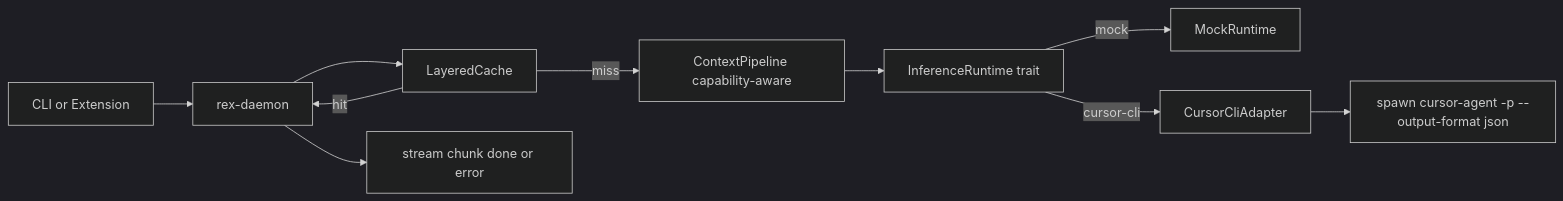
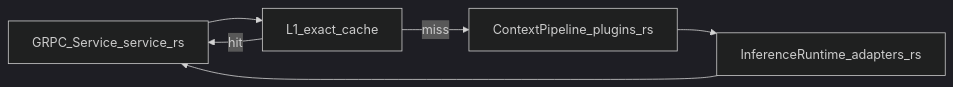
The second of 3 diagrams in docs/ARCHITECTURE.md (thsfranca/rex), drawn with Mermaid (dark theme) before and after one commit. The commit also changed other lines of this file and 27 other files, not shown here.

````diff
--- a/docs/ARCHITECTURE.md
+++ b/docs/ARCHITECTURE.md
@@ -64,12 +83,12 @@
 ```mermaid
 flowchart LR
-  client[CLI or Extension] --> daemon[rex-daemon]
-  daemon --> cache[LayeredCache]
-  cache -->|miss| pipeline[ContextPipeline capability-aware]
-  pipeline --> runtime[InferenceRuntime trait]
-  runtime -->|mock| mockRt[MockRuntime]
-  runtime -->|cursor-cli| cursorRt[CursorCliAdapter]
-  cursorRt --> cursorProc["spawn cursor-agent -p --output-format json"]
-  cache -->|hit| daemon
-  daemon --> stream[stream chunk done or error]
+  grpc[GRPC_Service_service_rs]
+  l1[L1_exact_cache]
+  pipe[ContextPipeline_plugins_rs]
+  rt[InferenceRuntime_adapters_rs]
+  grpc --> l1
+  l1 -->|miss| pipe
+  pipe --> rt
+  l1 -->|hit| grpc
+  rt --> grpc
 ```
````
